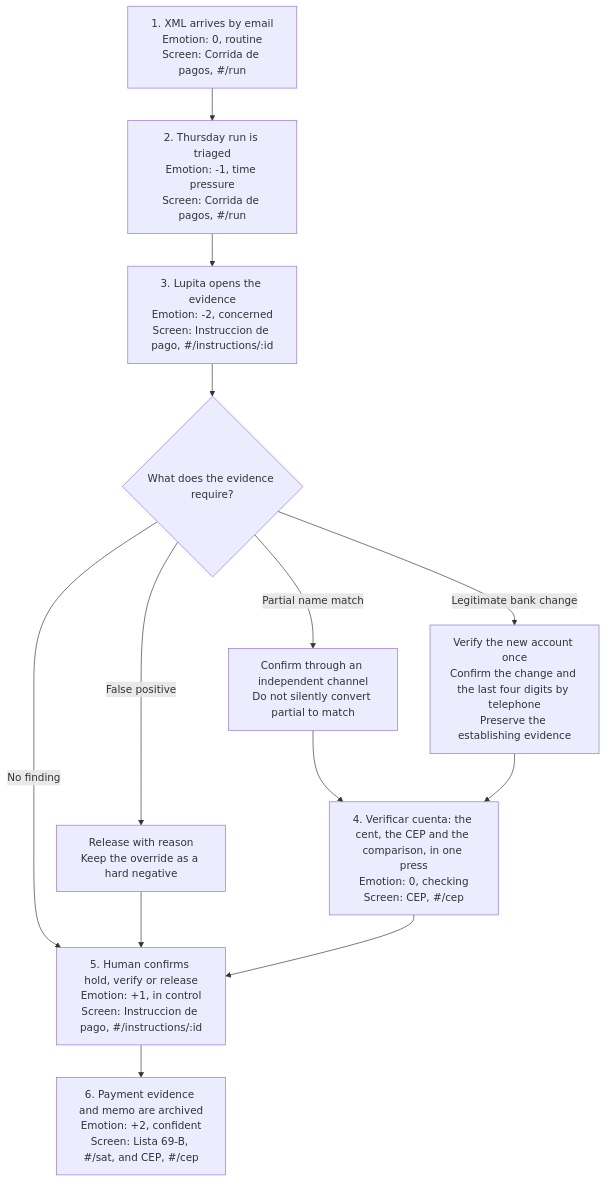
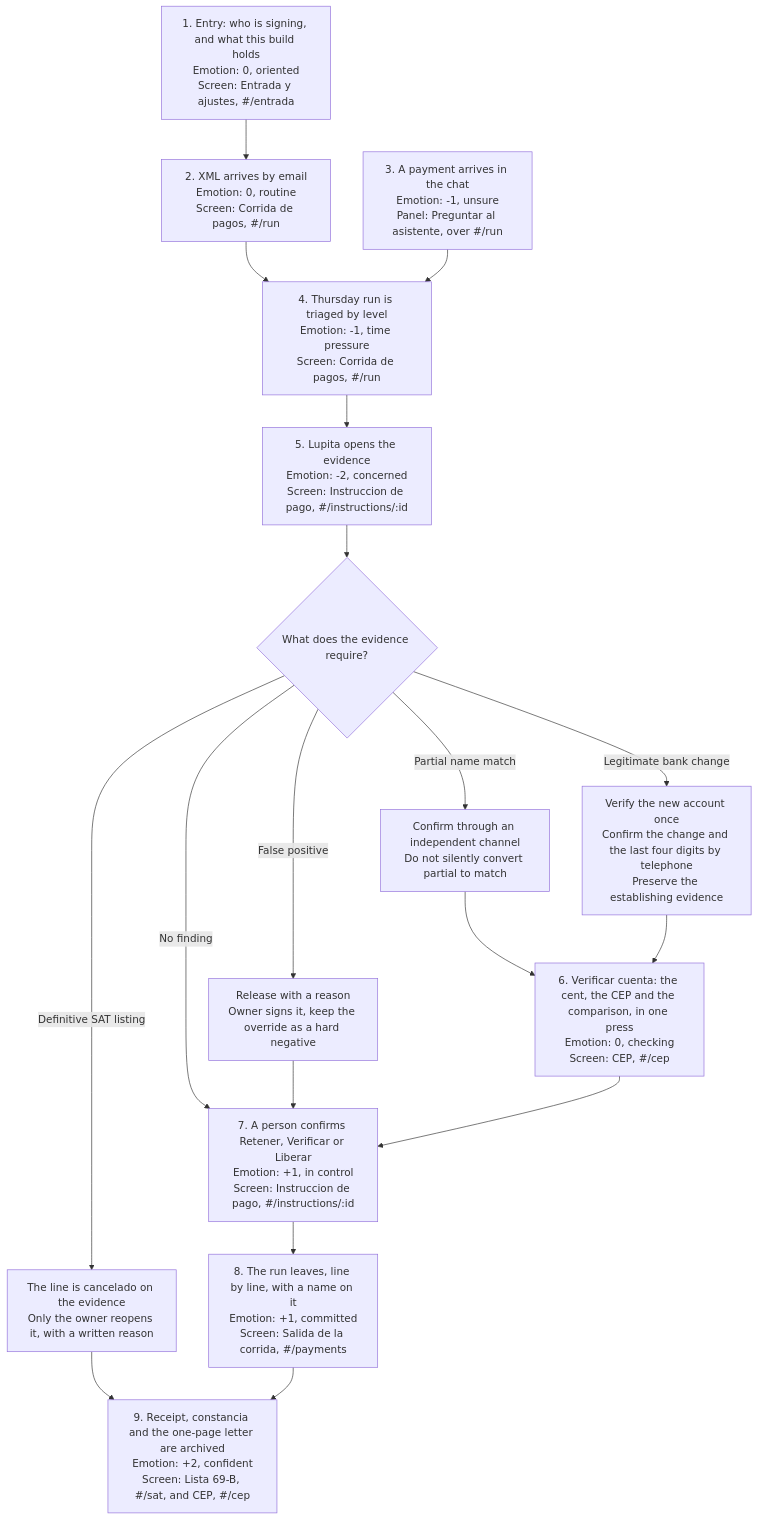
The diagram in docs/03-user-journey.md (garzario/CapitalOneHackMTY), drawn with Mermaid before and after one commit. The commit also changed other lines of this file and 17 other files, not shown here.

````diff
--- a/docs/03-user-journey.md
+++ b/docs/03-user-journey.md
@@ -12,17 +21,24 @@
 ```mermaid
 flowchart TD
-  A["1. XML arrives by email<br/>Emotion: 0, routine<br/>Screen: Corrida de pagos, #/run"]
-  B["2. Thursday run is triaged<br/>Emotion: -1, time pressure<br/>Screen: Corrida de pagos, #/run"]
-  C["3. Lupita opens the evidence<br/>Emotion: -2, concerned<br/>Screen: Instruccion de pago, #/instructions/:id"]
+  Z["1. Entry: who is signing, and what this build holds<br/>Emotion: 0, oriented<br/>Screen: Entrada y ajustes, #/entrada"]
+  A["2. XML arrives by email<br/>Emotion: 0, routine<br/>Screen: Corrida de pagos, #/run"]
+  I["3. A payment arrives in the chat<br/>Emotion: -1, unsure<br/>Panel: Preguntar al asistente, over #/run"]
+  B["4. Thursday run is triaged by level<br/>Emotion: -1, time pressure<br/>Screen: Corrida de pagos, #/run"]
+  C["5. Lupita opens the evidence<br/>Emotion: -2, concerned<br/>Screen: Instruccion de pago, #/instructions/:id"]
   D{"What does the evidence require?"}
-  E["4. Verificar cuenta: the cent, the CEP and the comparison, in one press<br/>Emotion: 0, checking<br/>Screen: CEP, #/cep"]
-  F["5. Human confirms hold, verify or release<br/>Emotion: +1, in control<br/>Screen: Instruccion de pago, #/instructions/:id"]
-  G["6. Payment evidence and memo are archived<br/>Emotion: +2, confident<br/>Screen: Lista 69-B, #/sat, and CEP, #/cep"]
+  E["6. Verificar cuenta: the cent, the CEP and the comparison, in one press<br/>Emotion: 0, checking<br/>Screen: CEP, #/cep"]
+  F["7. A person confirms Retener, Verificar or Liberar<br/>Emotion: +1, in control<br/>Screen: Instruccion de pago, #/instructions/:id"]
+  G["8. The run leaves, line by line, with a name on it<br/>Emotion: +1, committed<br/>Screen: Salida de la corrida, #/payments"]
+  H["9. Receipt, constancia and the one-page letter are archived<br/>Emotion: +2, confident<br/>Screen: Lista 69-B, #/sat, and CEP, #/cep"]
 
-  A --> B --> C --> D
+  Z --> A
+  A --> B
+  I --> B
+  B --> C --> D
   D -->|"No finding"| F
-  D -->|"False positive"| FP["Release with reason<br/>Keep the override as a hard negative"] --> F
+  D -->|"False positive"| FP["Release with a reason<br/>Owner signs it, keep the override as a hard negative"] --> F
   D -->|"Partial name match"| PM["Confirm through an independent channel<br/>Do not silently convert partial to match"] --> E
   D -->|"Legitimate bank change"| LC["Verify the new account once<br/>Confirm the change and the last four digits by telephone<br/>Preserve the establishing evidence"] --> E
-  E --> F --> G
+  D -->|"Definitive SAT listing"| SD["The line is cancelado on the evidence<br/>Only the owner reopens it, with a written reason"] --> H
+  E --> F --> G --> H
 ```
````
